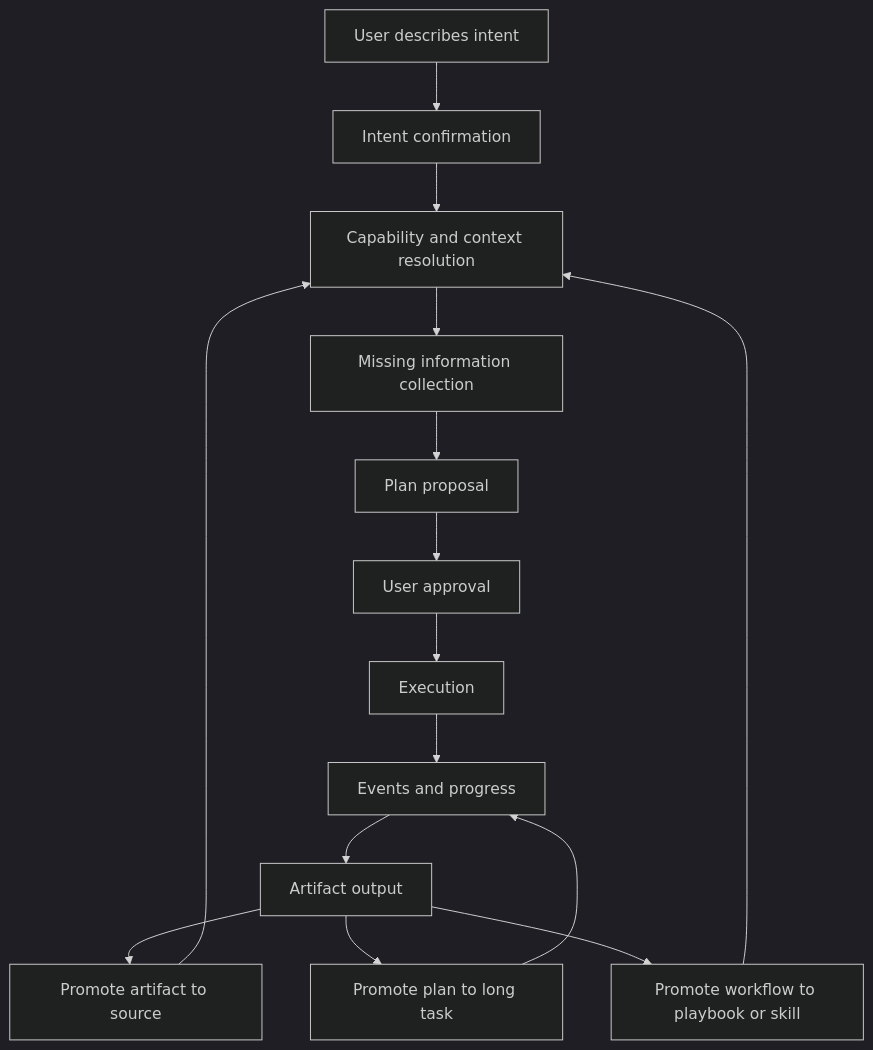
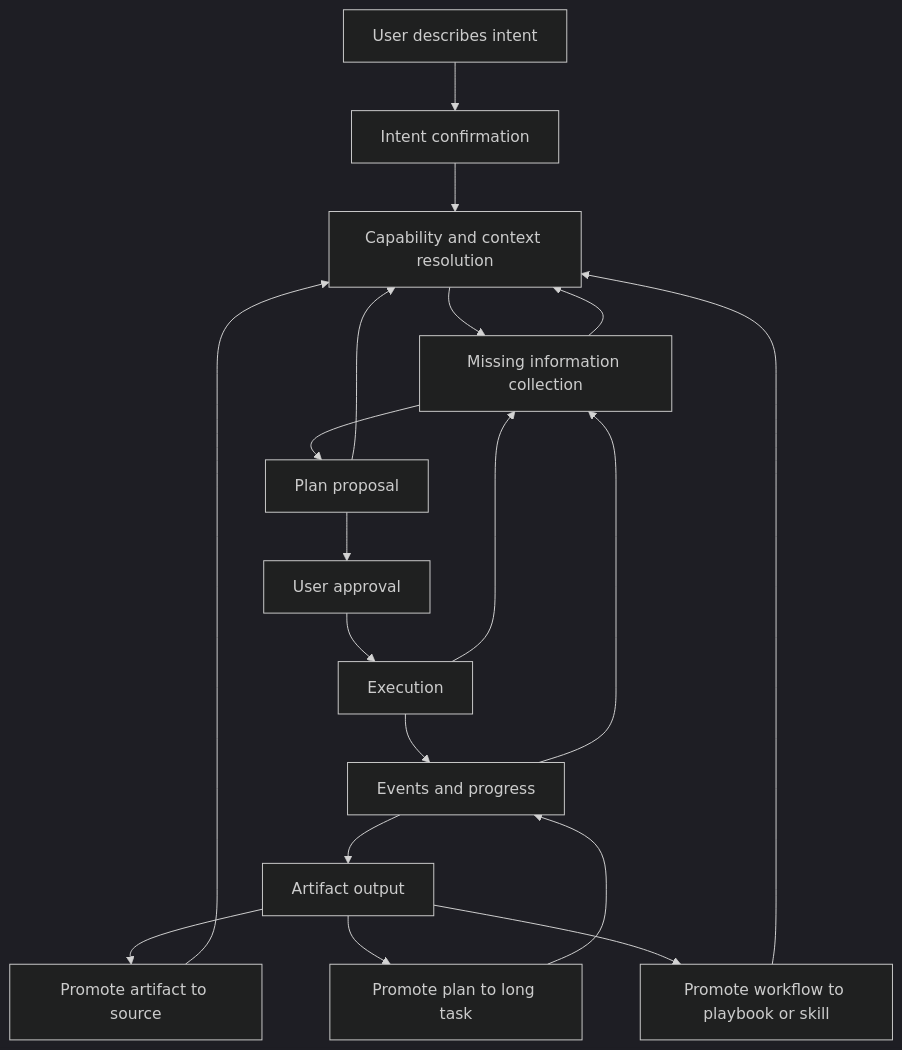
Before and after one commit to PolyglotAndrea/cognix: the first of 2 diagrams in docs/architecture/agentic-product-direction.md, drawn with Mermaid (dark theme). The commit also changed other lines of this file, not shown here.

````diff
--- a/docs/architecture/agentic-product-direction.md
+++ b/docs/architecture/agentic-product-direction.md
@@ -11,17 +14,21 @@
 ```mermaid
 flowchart TD
     A["User describes intent"] --> B["Intent confirmation"]
     B --> C["Capability and context resolution"]
     C --> D["Missing information collection"]
     D --> E["Plan proposal"]
     E --> F["User approval"]
     F --> G["Execution"]
     G --> H["Events and progress"]
     H --> I["Artifact output"]
     I --> J["Promote artifact to source"]
     I --> K["Promote plan to long task"]
     I --> L["Promote workflow to playbook or skill"]
     J --> C
     K --> H
     L --> C
+    D --> C
+    E --> C
+    G --> D
+    H --> D
 ```
````
